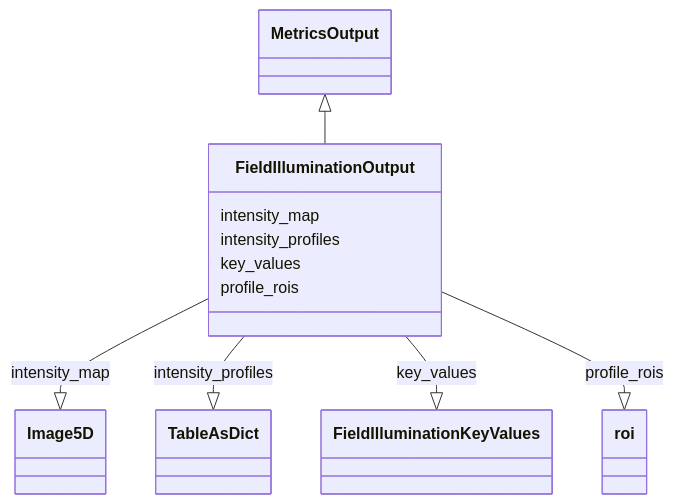
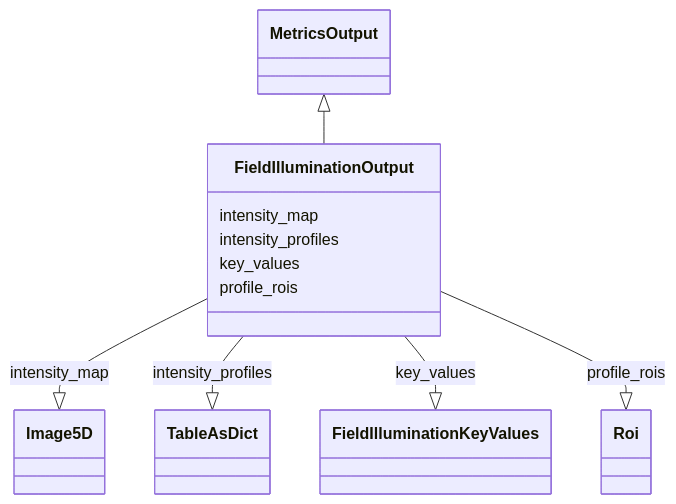
One commit to juliomateoslangerak/microscope-metrics changed the diagram in docs/schema/samples/FieldIlluminationOutput.md. Above: the diagram before and after it, drawn with Mermaid. The commit also changed other lines of this file and 146 other files, not shown here.

````diff
--- a/docs/schema/samples/FieldIlluminationOutput.md
+++ b/docs/schema/samples/FieldIlluminationOutput.md
@@ -10,23 +10,23 @@
 ```mermaid
  classDiagram
     class FieldIlluminationOutput
       MetricsOutput <|-- FieldIlluminationOutput
       
       FieldIlluminationOutput : intensity_map
         
           FieldIlluminationOutput --|> Image5D : intensity_map
         
       FieldIlluminationOutput : intensity_profiles
         
           FieldIlluminationOutput --|> TableAsDict : intensity_profiles
         
       FieldIlluminationOutput : key_values
         
           FieldIlluminationOutput --|> FieldIlluminationKeyValues : key_values
         
       FieldIlluminationOutput : profile_rois
         
-          FieldIlluminationOutput --|> roi : profile_rois
+          FieldIlluminationOutput --|> Roi : profile_rois
         
       
 ```
````
